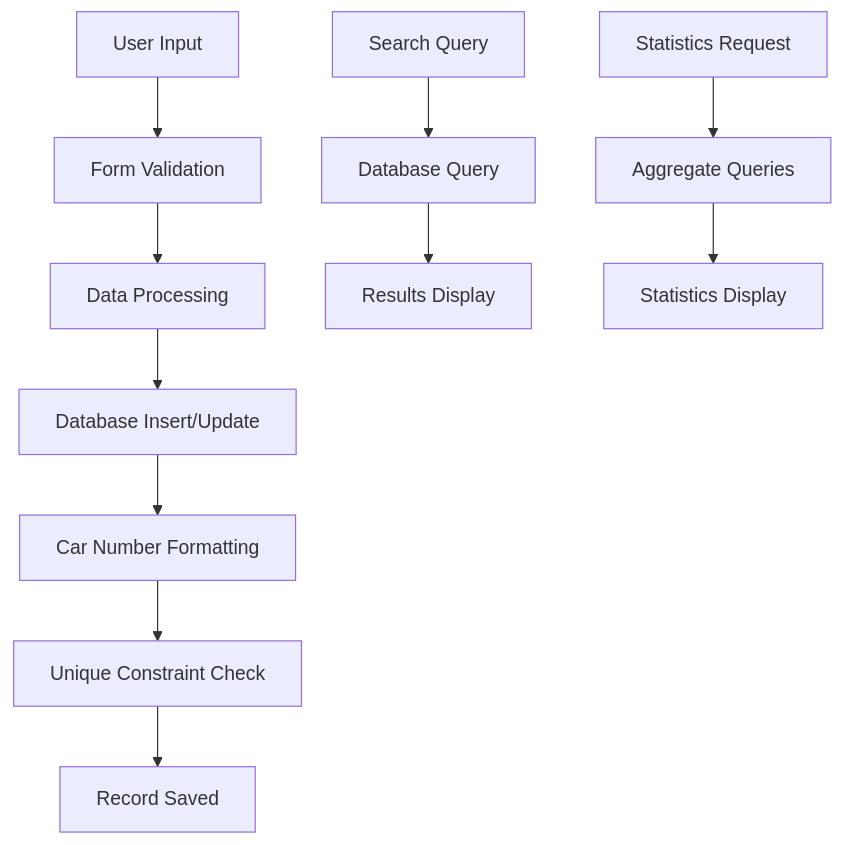
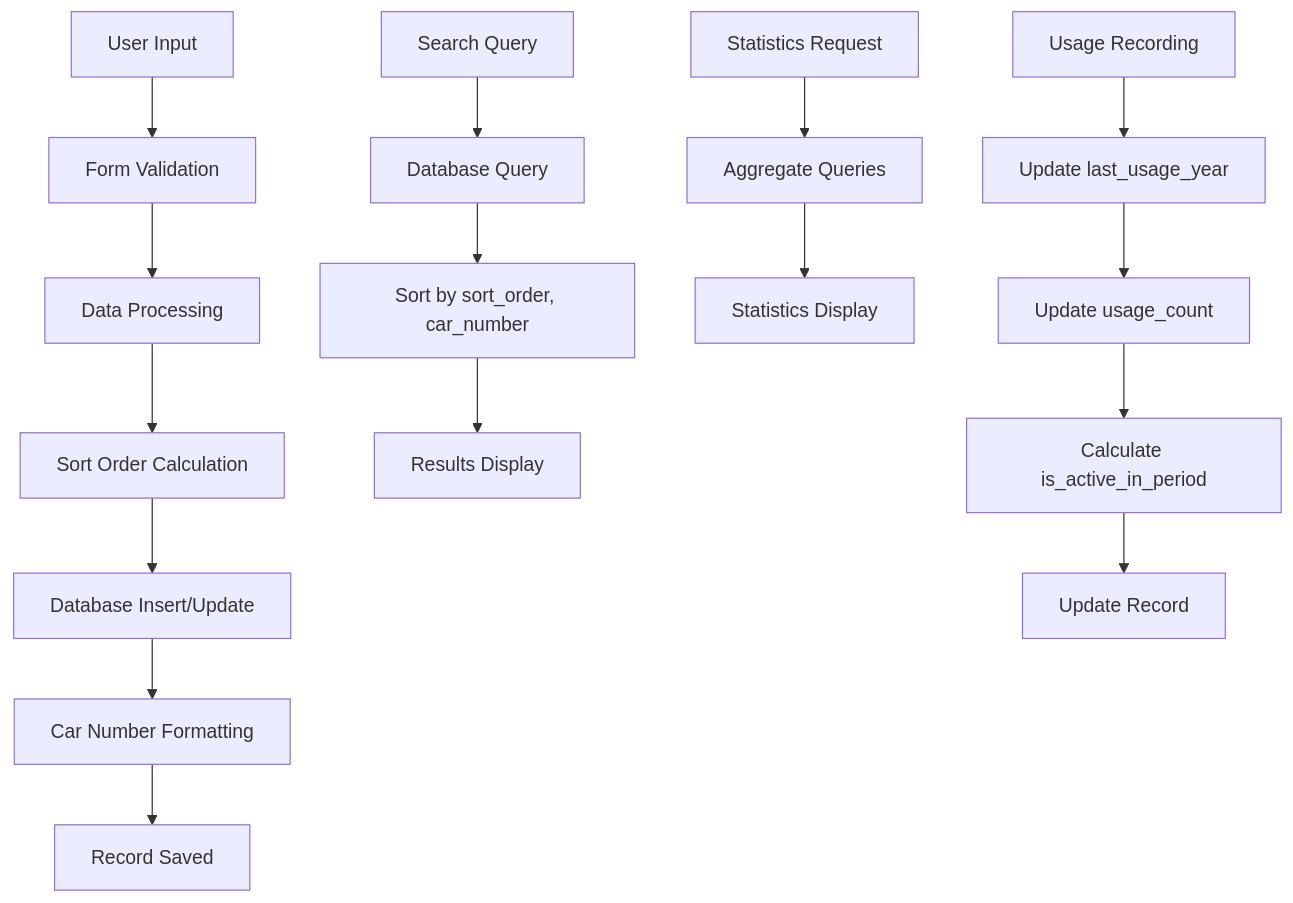
The second of 2 diagrams in database_er_diagram.md (cruxburn/nord-stern-car-numbers), drawn with Mermaid before and after one commit. The commit also changed other lines of this file and 9 other files, not shown here.

````diff
--- a/database_er_diagram.md
+++ b/database_er_diagram.md
@@ -73,15 +83,21 @@
 ```mermaid
 graph TD
     A[User Input] --> B[Form Validation]
     B --> C[Data Processing]
-    C --> D[Database Insert/Update]
-    D --> E[Car Number Formatting]
-    E --> F[Unique Constraint Check]
+    C --> D[Sort Order Calculation]
+    D --> E[Database Insert/Update]
+    E --> F[Car Number Formatting]
     F --> G[Record Saved]
     
     H[Search Query] --> I[Database Query]
-    I --> J[Results Display]
+    I --> J[Sort by sort_order, car_number]
+    J --> K[Results Display]
     
-    K[Statistics Request] --> L[Aggregate Queries]
-    L --> M[Statistics Display]
+    L[Statistics Request] --> M[Aggregate Queries]
+    M --> N[Statistics Display]
+    
+    O[Usage Recording] --> P[Update last_usage_year]
+    P --> Q[Update usage_count]
+    Q --> R[Calculate is_active_in_period]
+    R --> S[Update Record]
 ```
````
